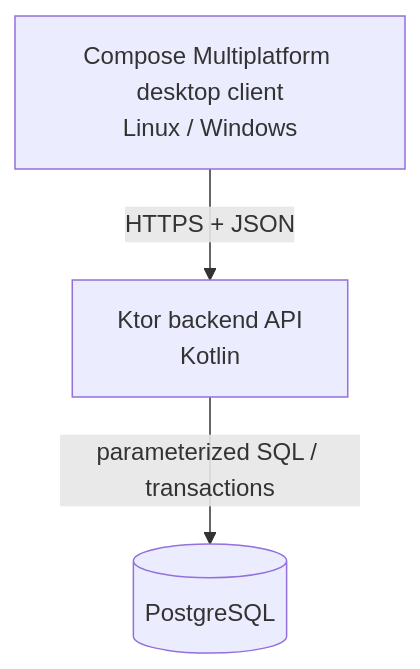
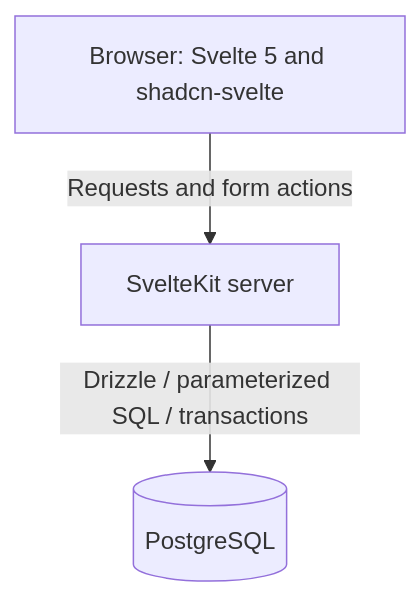
One commit to Mystery2099/capstone-ticket-system changed the diagram in docs/architecture.md. Above: the diagram before and after it, drawn with Mermaid. The commit also changed other lines of this file, not shown here.

Commit message:
docs: update docs/architecture.md for SvelteKit web baseline

````diff
--- a/docs/architecture.md
+++ b/docs/architecture.md
@@ -3,5 +3,5 @@
 ```mermaid
 flowchart TB
-    Desktop[Compose Multiplatform desktop client\nLinux / Windows] -->|HTTPS + JSON| API[Ktor backend API\nKotlin]
-    API -->|parameterized SQL / transactions| DB[(PostgreSQL)]
+    Browser[Browser: Svelte 5 and shadcn-svelte] -->|Requests and form actions| App[SvelteKit server]
+    App -->|Drizzle / parameterized SQL / transactions| DB[(PostgreSQL)]
 ```
````
